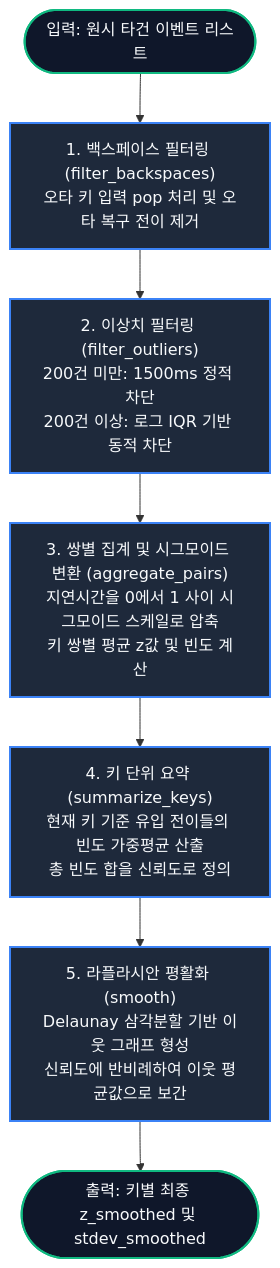
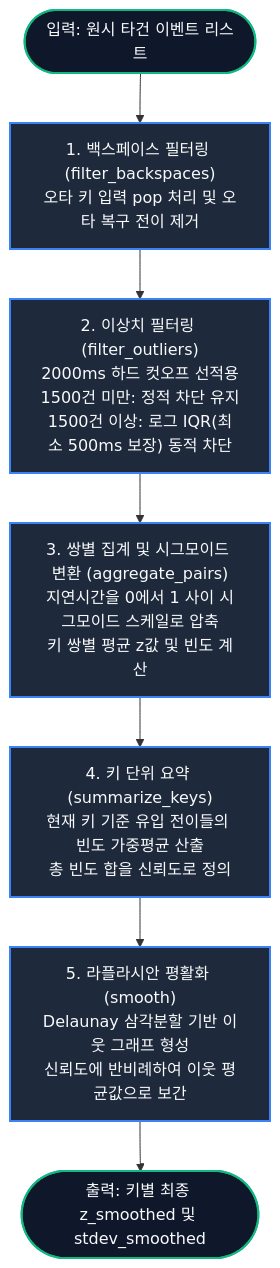
The diagram in skdm/skdm_logic_flow.md (JSkutor/typediag), drawn with Mermaid before and after one commit. The commit also changed other lines of this file and 7 other files, not shown here.

````diff
--- a/skdm/skdm_logic_flow.md
+++ b/skdm/skdm_logic_flow.md
@@ -11,14 +11,14 @@
 ```mermaid
 flowchart TD
     %% Styling Definitions %%
     classDef step fill:#1e293b,stroke:#3b82f6,stroke-width:2px,color:#f8fafc;
     classDef startend fill:#0f172a,stroke:#10b981,stroke-width:2px,color:#f8fafc;
 
     Start([입력: 원시 타건 이벤트 리스트]):::startend
     --> Step1["1. 백스페이스 필터링 (filter_backspaces)<br>오타 키 입력 pop 처리 및 오타 복구 전이 제거"]:::step
-    --> Step2["2. 이상치 필터링 (filter_outliers)<br>200건 미만: 1500ms 정적 차단<br>200건 이상: 로그 IQR 기반 동적 차단"]:::step
+    --> Step2["2. 이상치 필터링 (filter_outliers)<br>2000ms 하드 컷오프 선적용<br>1500건 미만: 정적 차단 유지<br>1500건 이상: 로그 IQR(최소 500ms 보장) 동적 차단"]:::step
     --> Step3["3. 쌍별 집계 및 시그모이드 변환 (aggregate_pairs)<br>지연시간을 0에서 1 사이 시그모이드 스케일로 압축<br>키 쌍별 평균 z값 및 빈도 계산"]:::step
     --> Step4["4. 키 단위 요약 (summarize_keys)<br>현재 키 기준 유입 전이들의 빈도 가중평균 산출<br>총 빈도 합을 신뢰도로 정의"]:::step
     --> Step5["5. 라플라시안 평활화 (smooth)<br>Delaunay 삼각분할 기반 이웃 그래프 형성<br>신뢰도에 반비례하여 이웃 평균값으로 보간"]:::step
     --> End([출력: 키별 최종 z_smoothed 및 stdev_smoothed]):::startend
 ```
````
